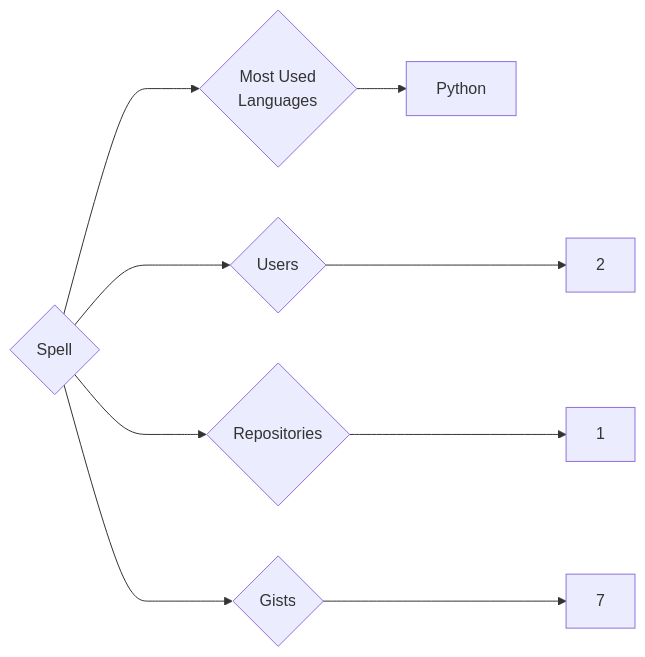
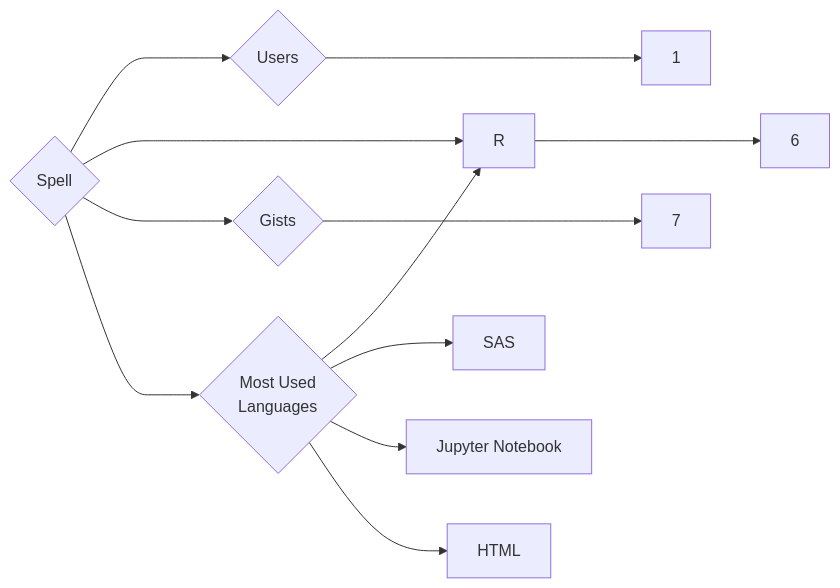
One commit to trickest/insiders changed the diagram in targets/Spell/README.md. Above: the diagram before and after it, drawn with Mermaid. The commit also changed 928 other files, not shown here.

````diff
--- a/targets/Spell/README.md
+++ b/targets/Spell/README.md
@@ -3,9 +3,12 @@
 ```mermaid
 graph LR
 COMPANY_NAME{Spell}
-COMPANY_NAME ---> U{Users} ---> UN[2]
-COMPANY_NAME ---> R{Repositories} ---> RN[1]
+COMPANY_NAME ---> U{Users} ---> UN[1]
+COMPANY_NAME ---> R{Repositories} ---> RN[6]
 COMPANY_NAME ---> G{Gists} ---> GN[7]
 COMPANY_NAME ---> ML{Most Used<br>Languages}
-ML --> Python[Python]
+ML --> R[R]
+ML --> SAS[SAS]
+ML --> Jupyter_Notebook[Jupyter Notebook]
+ML --> HTML[HTML]
 ```
````
